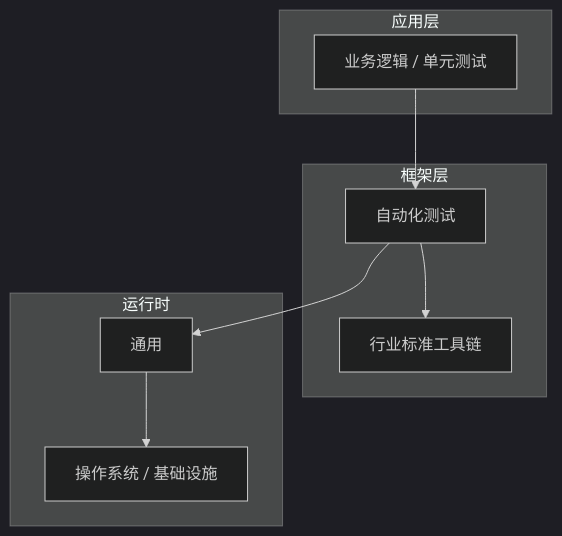
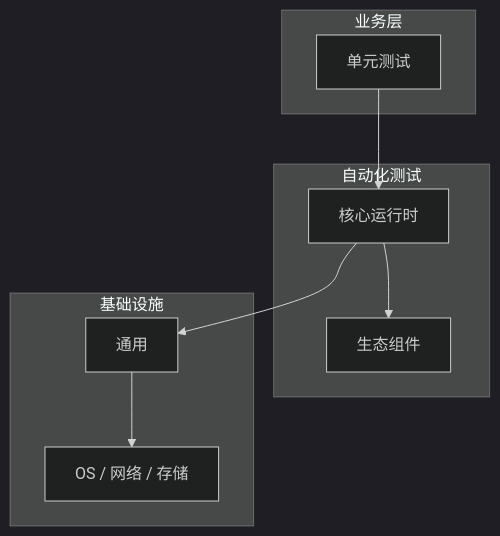
Before and after one commit to yanggan2015/knowledge-json-v2: the diagram in articles/自动化测试/chapters/008-单元测试核心概念与原理.md, drawn with Mermaid (dark theme). The commit also changed other lines of this file and 10127 other files, not shown here.

````diff
--- a/articles/自动化测试/chapters/008-单元测试核心概念与原理.md
+++ b/articles/自动化测试/chapters/008-单元测试核心概念与原理.md
@@ -45,18 +34,18 @@
 ```mermaid
 graph TB
-    subgraph 应用层
-        A[业务逻辑 / 单元测试]
+    subgraph 业务层
+        A[单元测试]
     end
-    subgraph 框架层
-        B[自动化测试]
-        C[行业标准工具链]
+    subgraph 自动化测试
+        B[核心运行时]
+        C[生态组件]
     end
-    subgraph 运行时
+    subgraph 基础设施
         D[通用]
-        E[操作系统 / 基础设施]
+        E[OS / 网络 / 存储]
     end
     A --> B
     B --> C
     B --> D
     D --> E
 ```
````
